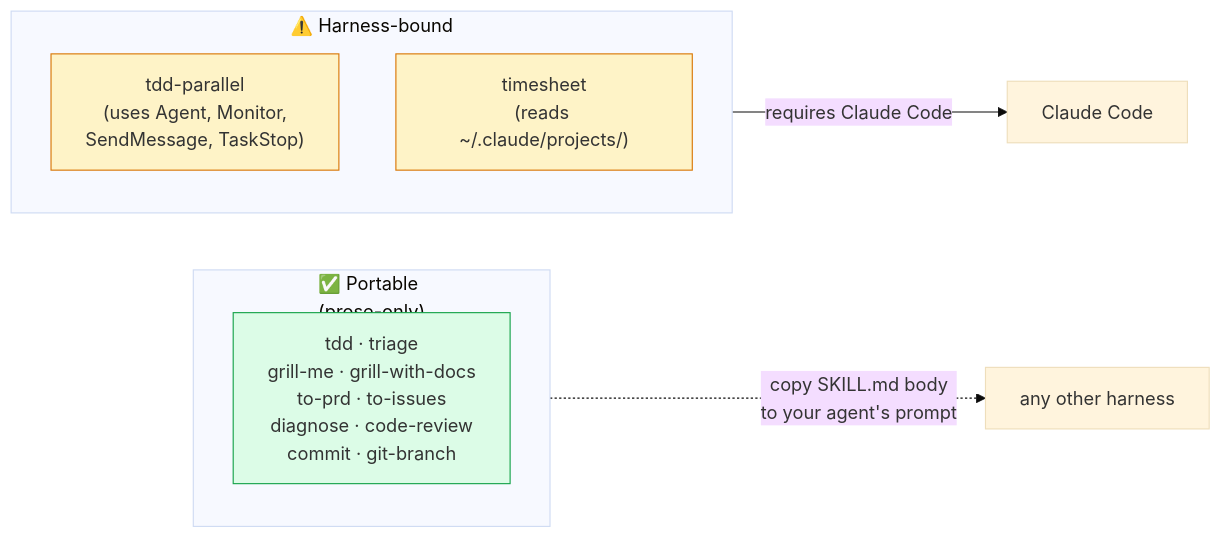
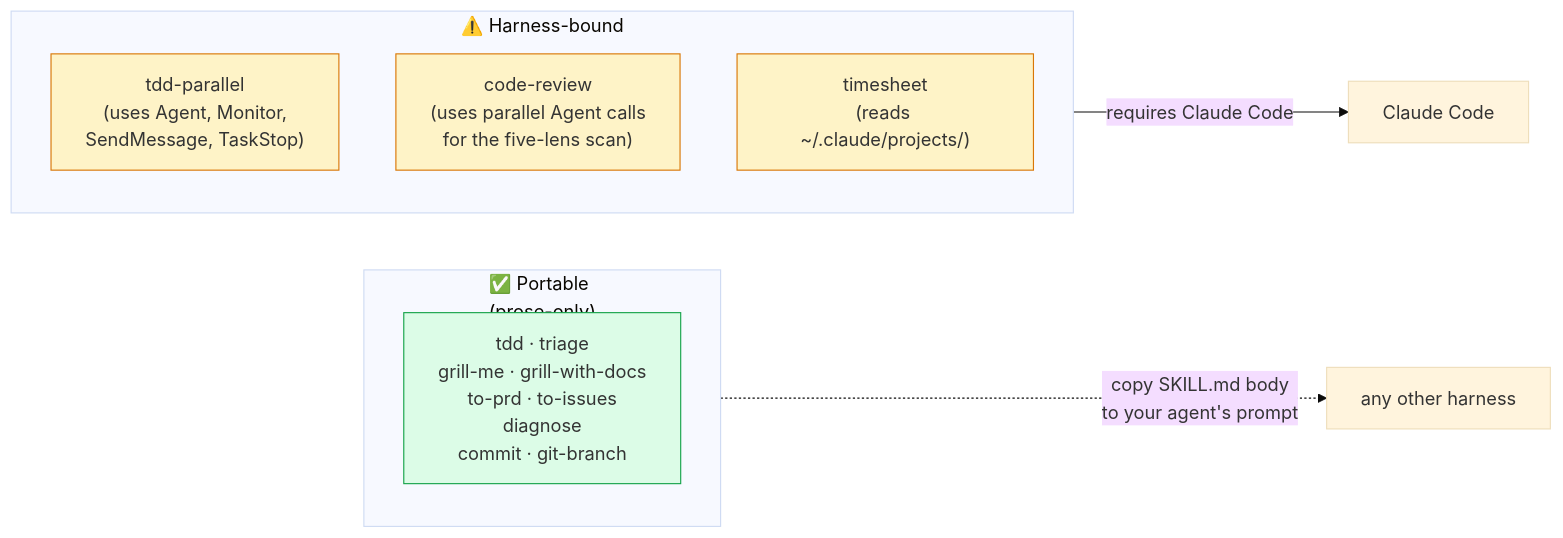
The first of 5 diagrams in docs/faq.md (ZunoSmartLabs/zsl-superpowers), drawn with Mermaid (base theme) before and after one commit. The commit also changed other lines of this file and 21 other files, not shown here.

````diff
--- a/docs/faq.md
+++ b/docs/faq.md
@@ -16,17 +17,18 @@
 ```mermaid
 flowchart LR
     subgraph portable["✅ Portable<br/>(prose-only)"]
-        p1["tdd · triage<br/>grill-me · grill-with-docs<br/>to-prd · to-issues<br/>diagnose · code-review<br/>commit · git-branch"]
+        p1["tdd · triage<br/>grill-me · grill-with-docs<br/>to-prd · to-issues<br/>diagnose<br/>commit · git-branch"]
     end
     subgraph harness["⚠️ Harness-bound"]
         h1["tdd-parallel<br/>(uses Agent, Monitor,<br/>SendMessage, TaskStop)"]
+        h3["code-review<br/>(uses parallel Agent calls<br/>for the five-lens scan)"]
         h2["timesheet<br/>(reads ~/.claude/projects/)"]
     end
     portable -.->|"copy SKILL.md body<br/>to your agent's prompt"| other["any other harness"]
     harness -->|"requires Claude Code"| cc["Claude Code"]
 
     classDef good fill:#dcfce7,stroke:#16a34a;
     classDef bound fill:#fef3c7,stroke:#d97706;
     class p1 good
-    class h1,h2 bound
+    class h1,h2,h3 bound
 ```
````
